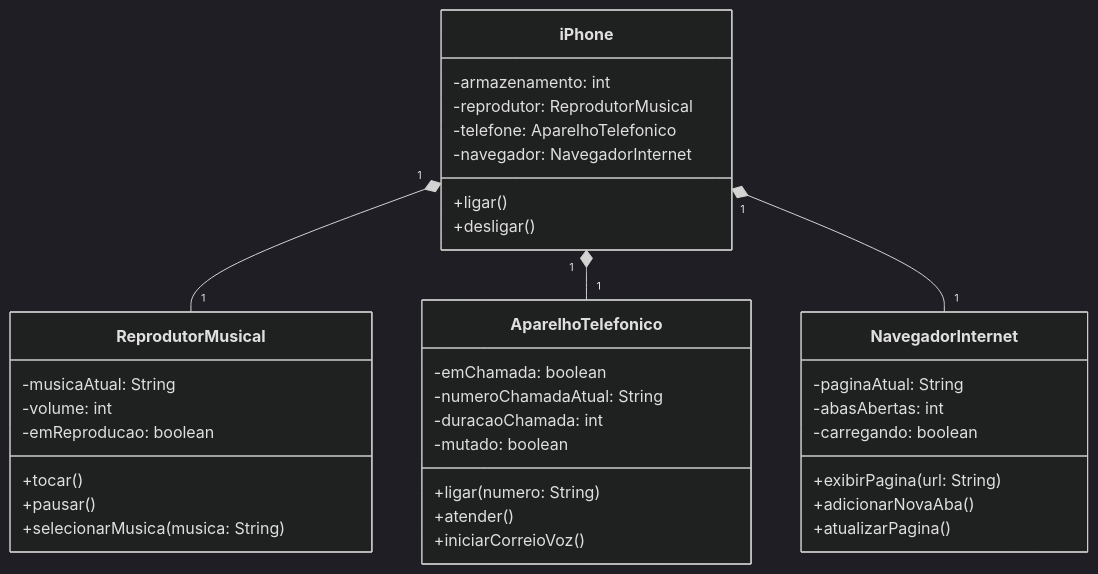
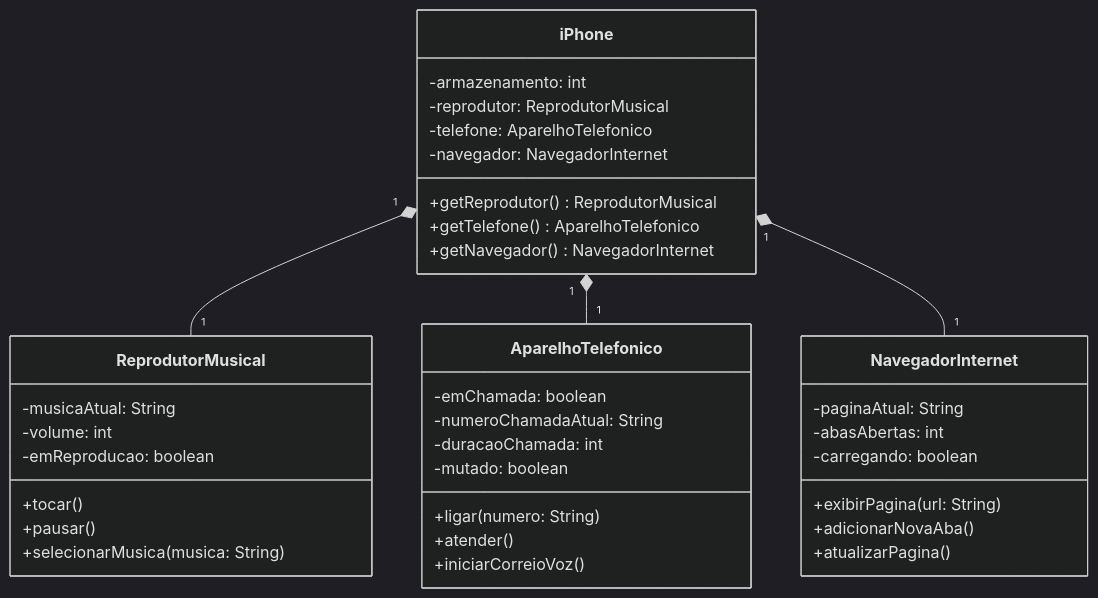
One commit to ivandronovais/modelagem-iphone changed the diagram in DiagramaUMLiPhone.md. Above: the diagram before and after it, drawn with Mermaid (dark theme). The commit also changed 4 other files, not shown here.

````diff
--- a/DiagramaUMLiPhone.md
+++ b/DiagramaUMLiPhone.md
@@ -1,43 +1,44 @@
 ```mermaid
 classDiagram
     class iPhone {
         -armazenamento: int
         -reprodutor: ReprodutorMusical
         -telefone: AparelhoTelefonico
         -navegador: NavegadorInternet
-        +ligar()
-        +desligar()
+        +getReprodutor() ReprodutorMusical
+        +getTelefone() AparelhoTelefonico
+        +getNavegador() NavegadorInternet
     }
 
     class ReprodutorMusical {
         -musicaAtual: String
         -volume: int
         -emReproducao: boolean
         +tocar()
         +pausar()
         +selecionarMusica(musica: String)
     }
 
     class AparelhoTelefonico {
         -emChamada: boolean
         -numeroChamadaAtual: String
         -duracaoChamada: int
         -mutado: boolean
         +ligar(numero: String)
         +atender()
         +iniciarCorreioVoz()
     }
 
     class NavegadorInternet {
         -paginaAtual: String
         -abasAbertas: int
         -carregando: boolean
         +exibirPagina(url: String)
         +adicionarNovaAba()
         +atualizarPagina()
     }
 
     iPhone "1" *-- "1" ReprodutorMusical
     iPhone "1" *-- "1" AparelhoTelefonico
     iPhone "1" *-- "1" NavegadorInternet
 ```
````
